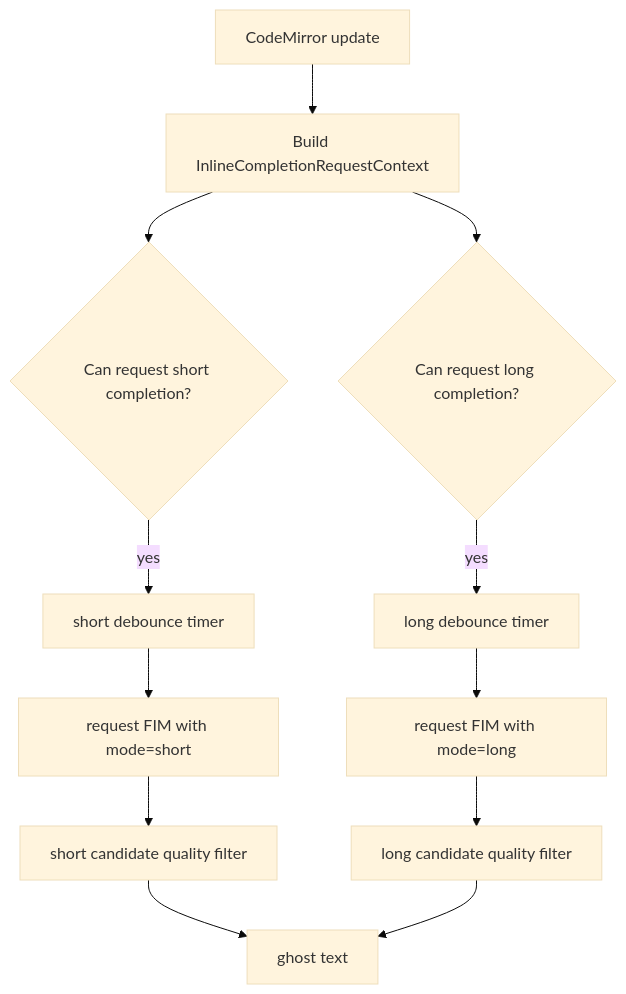
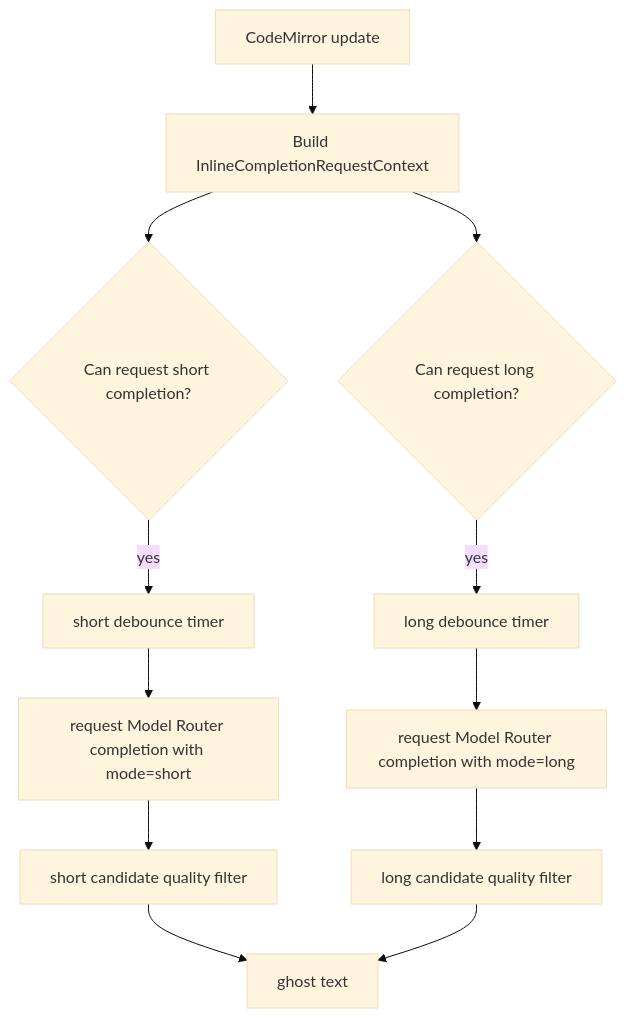
One commit to XinyuZheng1878/SciForge-reproduction- changed the diagram in docs/WRITE_INLINE_COMPLETION_MODES.en.md. Above: the diagram before and after it, drawn with Mermaid (base theme). The commit also changed other lines of this file and 128 other files, not shown here.

````diff
--- a/docs/WRITE_INLINE_COMPLETION_MODES.en.md
+++ b/docs/WRITE_INLINE_COMPLETION_MODES.en.md
@@ -21,15 +21,15 @@
 ```mermaid
 flowchart TD
   A["CodeMirror update"] --> B["Build InlineCompletionRequestContext"]
   B --> C{"Can request short completion?"}
   B --> D{"Can request long completion?"}
   C -->|yes| E["short debounce timer"]
   D -->|yes| F["long debounce timer"]
-  E --> G["request FIM with mode=short"]
-  F --> H["request FIM with mode=long"]
+  E --> G["request Model Router completion with mode=short"]
+  F --> H["request Model Router completion with mode=long"]
   G --> I["short candidate quality filter"]
   H --> J["long candidate quality filter"]
   I --> K["ghost text"]
   J --> K
 
 ```
````
